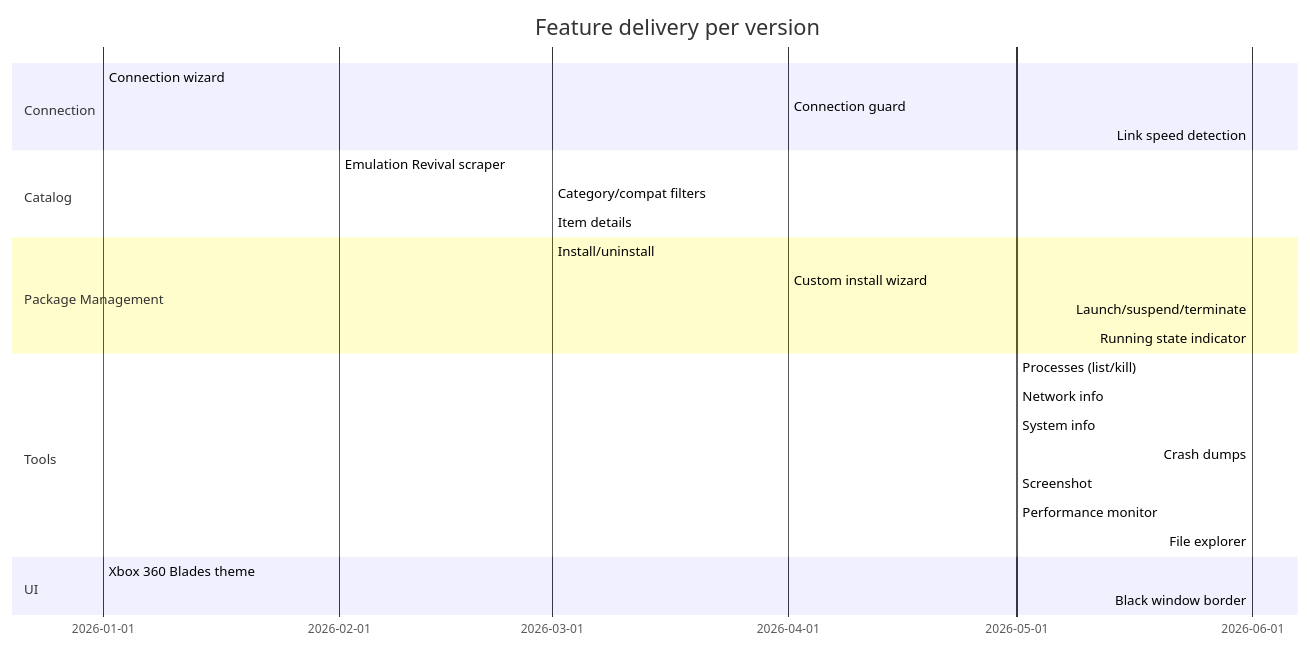
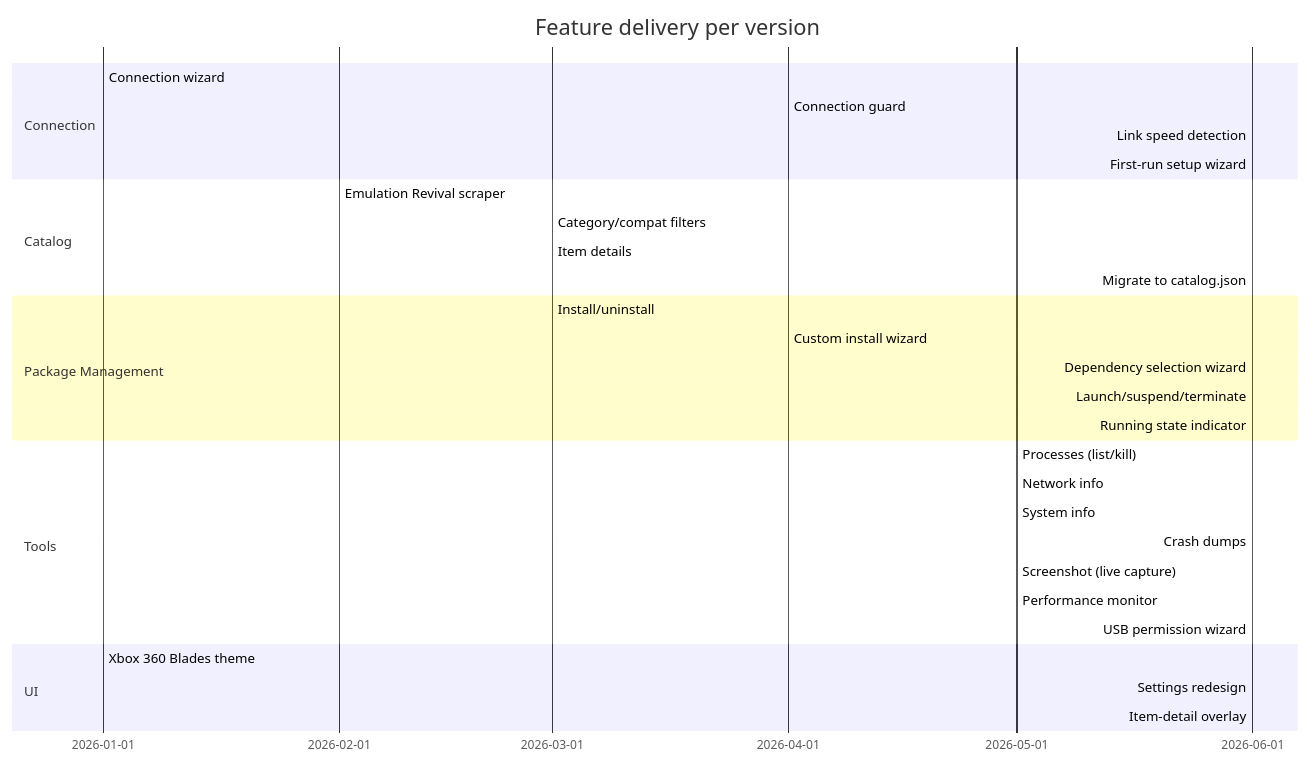
The second of 3 diagrams in docs/roadmap.md (marcelofrau/xb-homebrew-vault), drawn with Mermaid before and after one commit. The commit also changed other lines of this file and 15 other files, not shown here.

````diff
--- a/docs/roadmap.md
+++ b/docs/roadmap.md
@@ -20,29 +49,33 @@
 ```mermaid
 gantt
     title Feature delivery per version
     dateFormat  YYYY-MM-DD
     section Connection
     Connection wizard            :done, 2026-01, 2026-02
     Connection guard             :done, 2026-04, 2026-04
     Link speed detection         :done, 2026-06, 2026-06
+    First-run setup wizard       :done, 2026-06, 2026-06
     section Catalog
     Emulation Revival scraper    :done, 2026-02, 2026-03
     Category/compat filters      :done, 2026-03, 2026-03
     Item details                 :done, 2026-03, 2026-03
+    Migrate to catalog.json      :done, 2026-06, 2026-06
     section Package Management
     Install/uninstall            :done, 2026-03, 2026-04
     Custom install wizard        :done, 2026-04, 2026-05
+    Dependency selection wizard  :done, 2026-06, 2026-06
     Launch/suspend/terminate     :done, 2026-06, 2026-06
     Running state indicator      :done, 2026-06, 2026-06
     section Tools
     Processes (list/kill)        :done, 2026-05, 2026-06
     Network info                 :done, 2026-05, 2026-06
     System info                  :done, 2026-05, 2026-06
     Crash dumps                  :done, 2026-06, 2026-06
-    Screenshot                   :done, 2026-05, 2026-06
+    Screenshot (live capture)    :done, 2026-05, 2026-06
     Performance monitor          :done, 2026-05, 2026-06
-    File explorer                :done, 2026-06, 2026-06
+    USB permission wizard        :done, 2026-06, 2026-06
     section UI
     Xbox 360 Blades theme        :done, 2026-01, 2026-01
-    Black window border          :done, 2026-06, 2026-06
+    Settings redesign            :done, 2026-06, 2026-06
+    Item-detail overlay          :done, 2026-06, 2026-06
 ```
````
